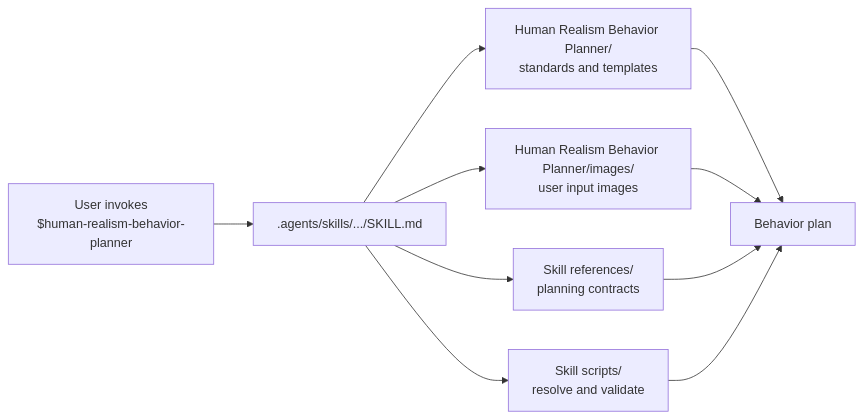
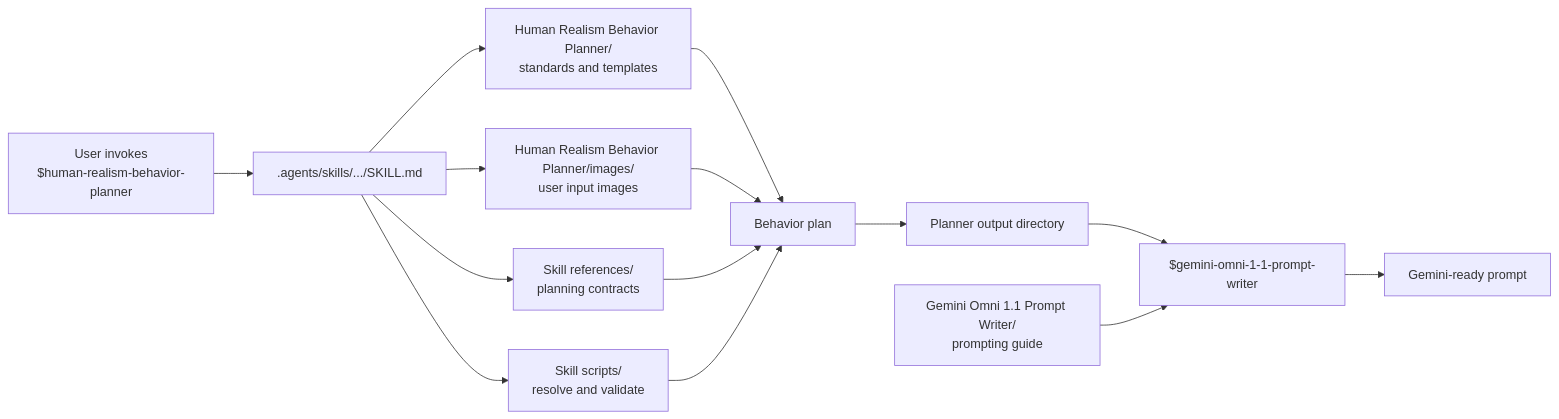
The second of 2 diagrams in README.md (expectopatronm/human-realism-video-workflows), drawn with Mermaid before and after one commit. The commit also changed other lines of this file and 8 other files, not shown here.

Commit message:
Add Gemini Omni 1.1 prompt writer

````diff
--- a/README.md
+++ b/README.md
@@ -132,12 +151,16 @@
 ```mermaid
 flowchart LR
     U["User invokes<br/>$human-realism-behavior-planner"] --> S[".agents/skills/.../SKILL.md"]
     S --> K["Human Realism Behavior Planner/<br/>standards and templates"]
     S --> I["Human Realism Behavior Planner/images/<br/>user input images"]
     S --> R["Skill references/<br/>planning contracts"]
     S --> T["Skill scripts/<br/>resolve and validate"]
     K --> P["Behavior plan"]
     I --> P
     R --> P
     T --> P
+    P --> O["Planner output directory"]
+    O --> G["$gemini-omni-1-1-prompt-writer"]
+    PG["Gemini Omni 1.1 Prompt Writer/<br/>prompting guide"] --> G
+    G --> F["Gemini-ready prompt"]
 ```
````
